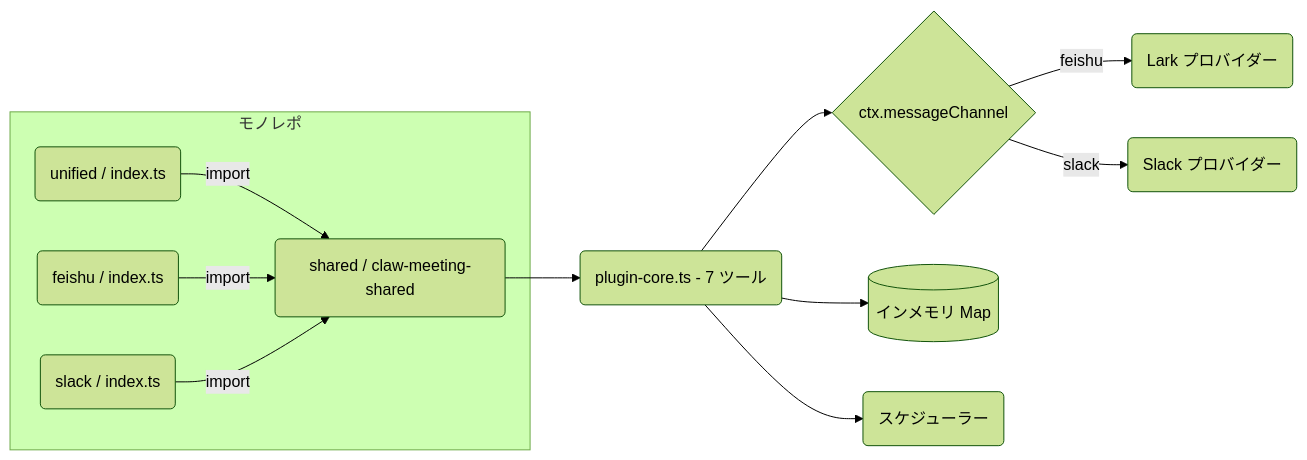
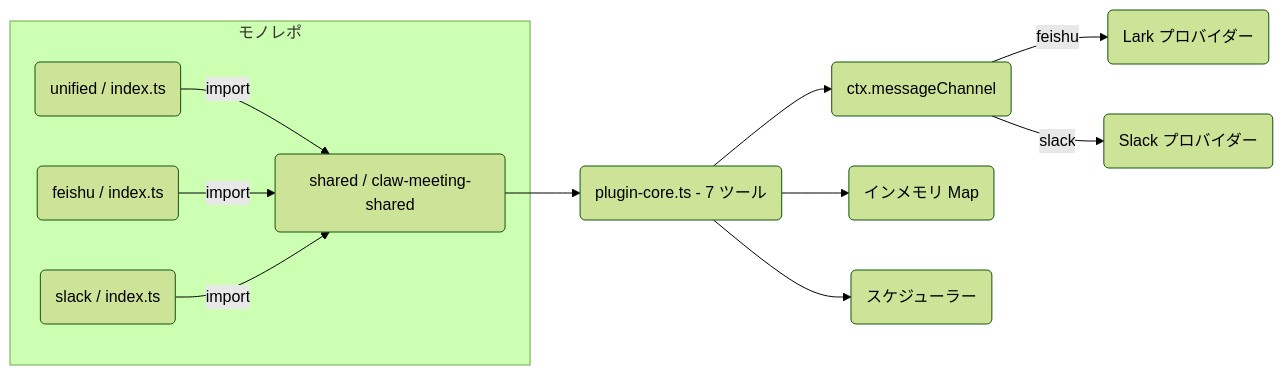
One commit to javana3/claw_meeting_all changed the second of 7 diagrams in README.ja.md. Above: the diagram before and after it, drawn with Mermaid (forest theme). The commit also changed other lines of this file and 4 other files, not shown here.

First line of the commit message:
docs: round all diagram nodes and update colors across 5 languages

````diff
--- a/README.ja.md
+++ b/README.ja.md
@@ -53,20 +53,20 @@
 ```mermaid
 graph LR
     subgraph "モノレポ"
         SHARED(shared / claw-meeting-shared)
         UNI(unified / index.ts)
         FEI(feishu / index.ts)
         SLK(slack / index.ts)
     end
 
     UNI -->|import| SHARED
     FEI -->|import| SHARED
     SLK -->|import| SHARED
 
     SHARED --> CORE(plugin-core.ts - 7 ツール)
-    CORE --> ROUTER{ctx.messageChannel}
+    CORE --> ROUTER(ctx.messageChannel)
     ROUTER -->|feishu| LP(Lark プロバイダー)
     ROUTER -->|slack| SP(Slack プロバイダー)
-    CORE --> MEM[(インメモリ Map)]
+    CORE --> MEM(インメモリ Map)
     CORE --> SCH(スケジューラー)
 ```
````
